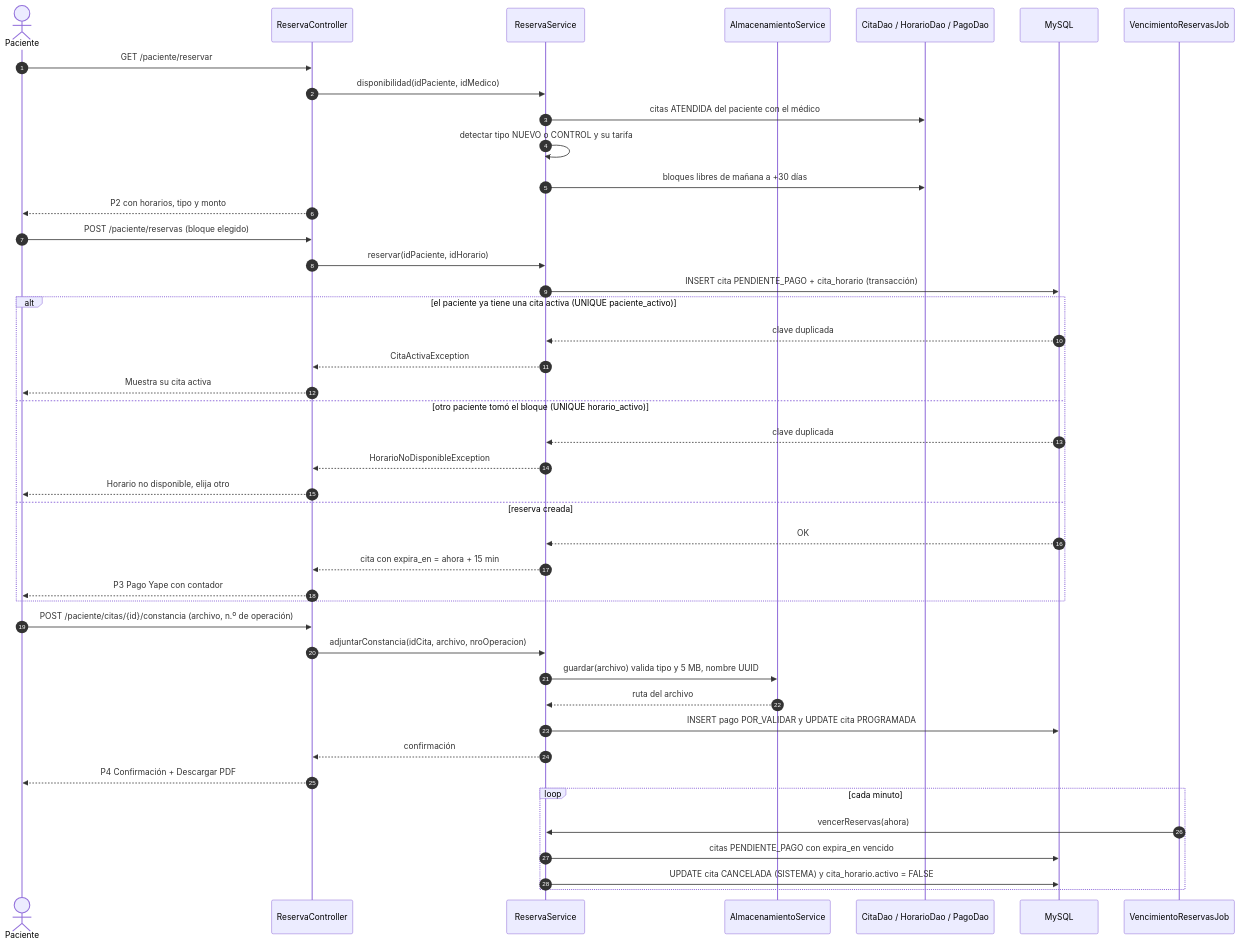
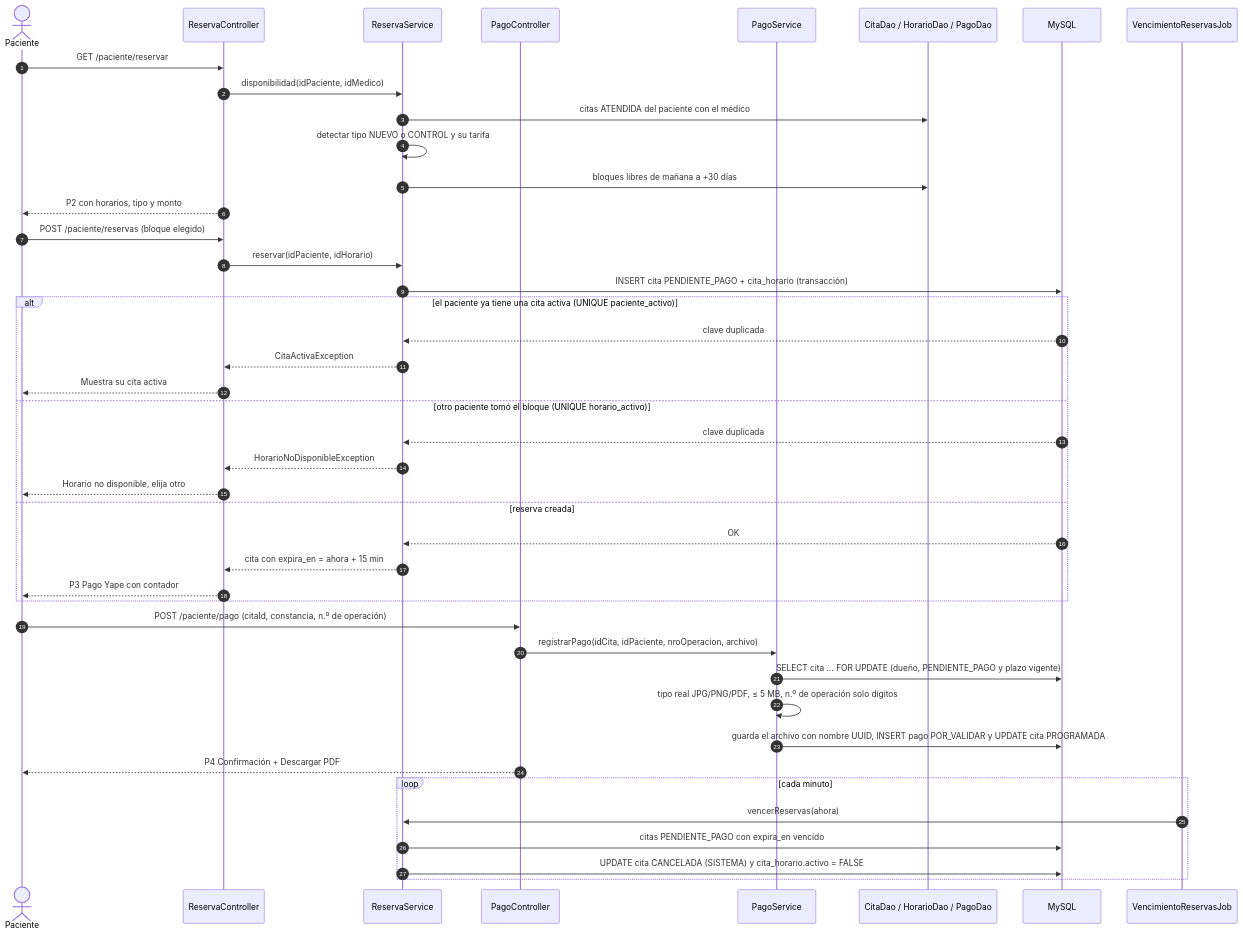
One commit to manuelguarniz/medifast changed the fourth of 5 diagrams in docs/diagramas/tecnicos.md. Above: the diagram before and after it, drawn with Mermaid. The commit also changed other lines of this file and 37 other files, not shown here.

````diff
--- a/docs/diagramas/tecnicos.md
+++ b/docs/diagramas/tecnicos.md
@@ -433,49 +447,49 @@
 ```mermaid
 sequenceDiagram
     autonumber
     actor Pac as Paciente
     participant C as ReservaController
     participant S as ReservaService
-    participant A as AlmacenamientoService
+    participant PC as PagoController
+    participant P as PagoService
     participant D as CitaDao / HorarioDao / PagoDao
     participant DB as MySQL
     participant J as VencimientoReservasJob
 
     Pac->>C: GET /paciente/reservar
     C->>S: disponibilidad(idPaciente, idMedico)
     S->>D: citas ATENDIDA del paciente con el médico
     S->>S: detectar tipo NUEVO o CONTROL y su tarifa
     S->>D: bloques libres de mañana a +30 días
     C-->>Pac: P2 con horarios, tipo y monto
 
     Pac->>C: POST /paciente/reservas (bloque elegido)
     C->>S: reservar(idPaciente, idHorario)
     S->>DB: INSERT cita PENDIENTE_PAGO + cita_horario (transacción)
     alt el paciente ya tiene una cita activa (UNIQUE paciente_activo)
         DB-->>S: clave duplicada
         S-->>C: CitaActivaException
         C-->>Pac: Muestra su cita activa
     else otro paciente tomó el bloque (UNIQUE horario_activo)
         DB-->>S: clave duplicada
         S-->>C: HorarioNoDisponibleException
         C-->>Pac: Horario no disponible, elija otro
     else reserva creada
         DB-->>S: OK
         S-->>C: cita con expira_en = ahora + 15 min
         C-->>Pac: P3 Pago Yape con contador
     end
 
-    Pac->>C: POST /paciente/citas/{id}/constancia (archivo, n.º de operación)
-    C->>S: adjuntarConstancia(idCita, archivo, nroOperacion)
-    S->>A: guardar(archivo) valida tipo y 5 MB, nombre UUID
-    A-->>S: ruta del archivo
-    S->>DB: INSERT pago POR_VALIDAR y UPDATE cita PROGRAMADA
-    S-->>C: confirmación
-    C-->>Pac: P4 Confirmación + Descargar PDF
+    Pac->>PC: POST /paciente/pago (citaId, constancia, n.º de operación)
+    PC->>P: registrarPago(idCita, idPaciente, nroOperacion, archivo)
+    P->>DB: SELECT cita … FOR UPDATE (dueño, PENDIENTE_PAGO y plazo vigente)
+    P->>P: tipo real JPG/PNG/PDF, ≤ 5 MB, n.º de operación solo dígitos
+    P->>DB: guarda el archivo con nombre UUID, INSERT pago POR_VALIDAR y UPDATE cita PROGRAMADA
+    PC-->>Pac: P4 Confirmación + Descargar PDF
 
     loop cada minuto
         J->>S: vencerReservas(ahora)
         S->>DB: citas PENDIENTE_PAGO con expira_en vencido
         S->>DB: UPDATE cita CANCELADA (SISTEMA) y cita_horario.activo = FALSE
     end
 ```
````
